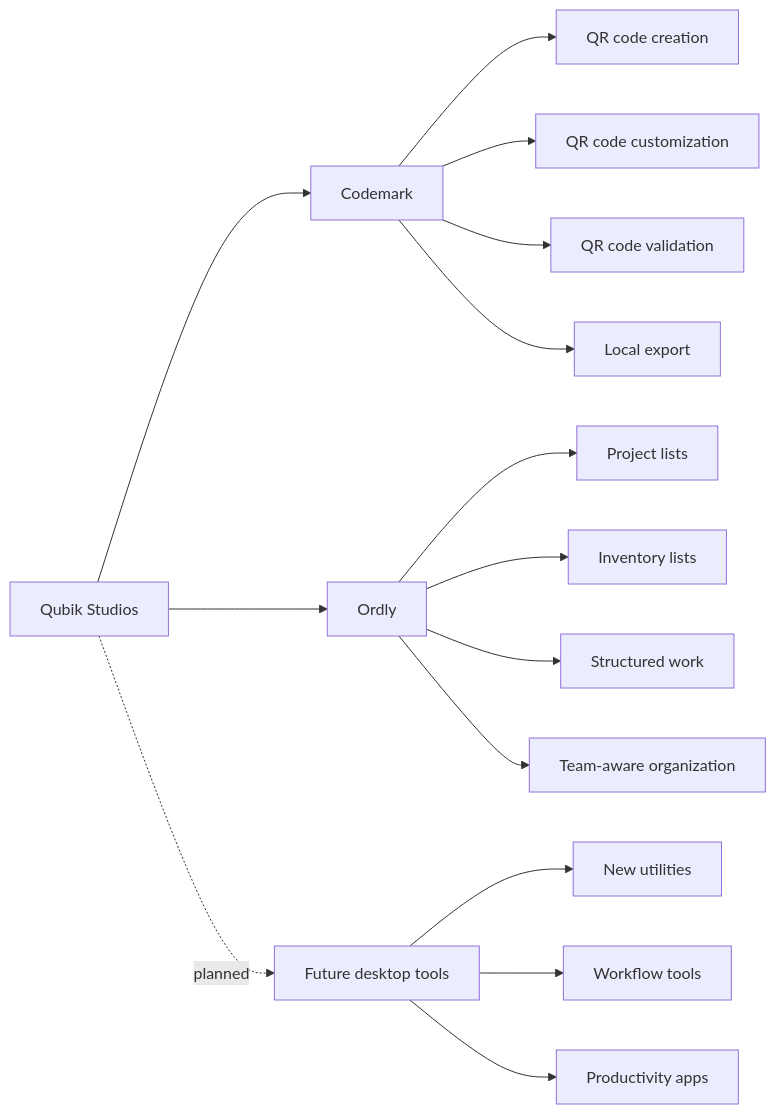
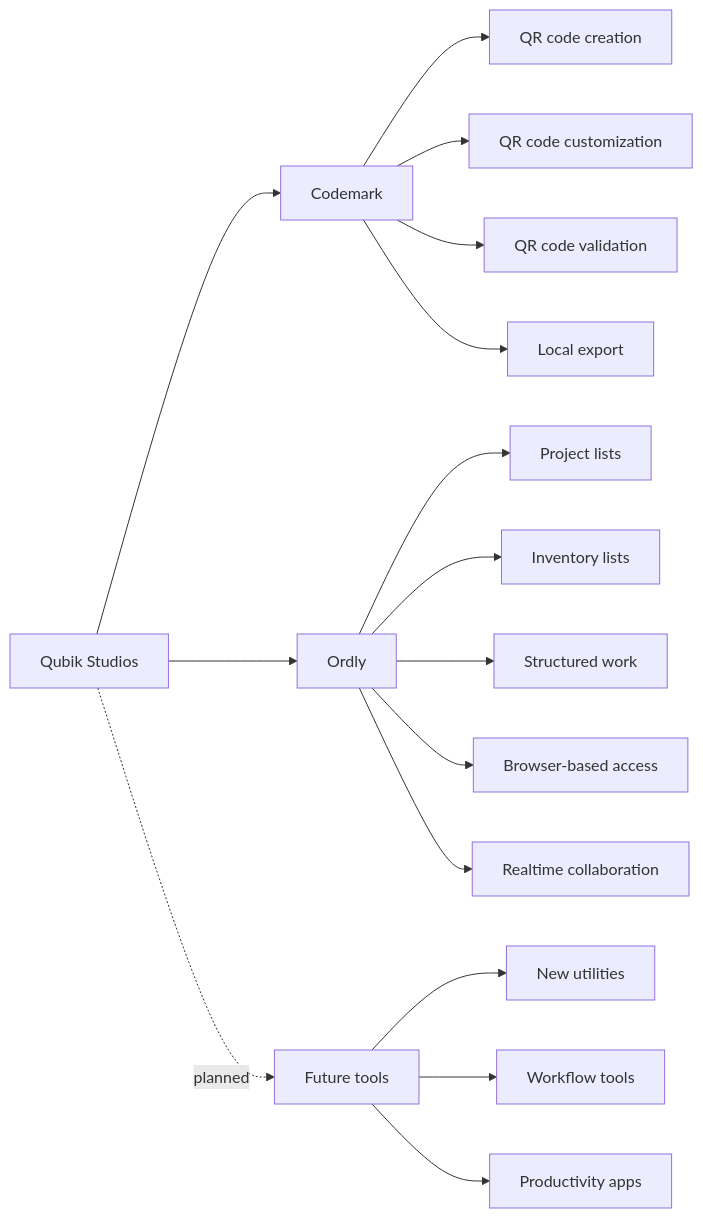
The first of 2 diagrams in profile/README.md (ConiqSuite/.github), drawn with Mermaid before and after one commit. The commit also changed other lines of this file, not shown here.

````diff
--- a/profile/README.md
+++ b/profile/README.md
@@ -67,20 +68,21 @@
 ```mermaid
 flowchart LR
     A[Qubik Studios] --> B[Codemark]
     A --> C[Ordly]
-    A -. planned .-> D[Future desktop tools]
+    A -. planned .-> D[Future tools]
 
     B --> B1[QR code creation]
     B --> B2[QR code customization]
     B --> B3[QR code validation]
     B --> B4[Local export]
 
     C --> C1[Project lists]
     C --> C2[Inventory lists]
     C --> C3[Structured work]
-    C --> C4[Team-aware organization]
+    C --> C4[Browser-based access]
+    C --> C5[Realtime collaboration]
 
     D --> D1[New utilities]
     D --> D2[Workflow tools]
     D --> D3[Productivity apps]
 ```
````
